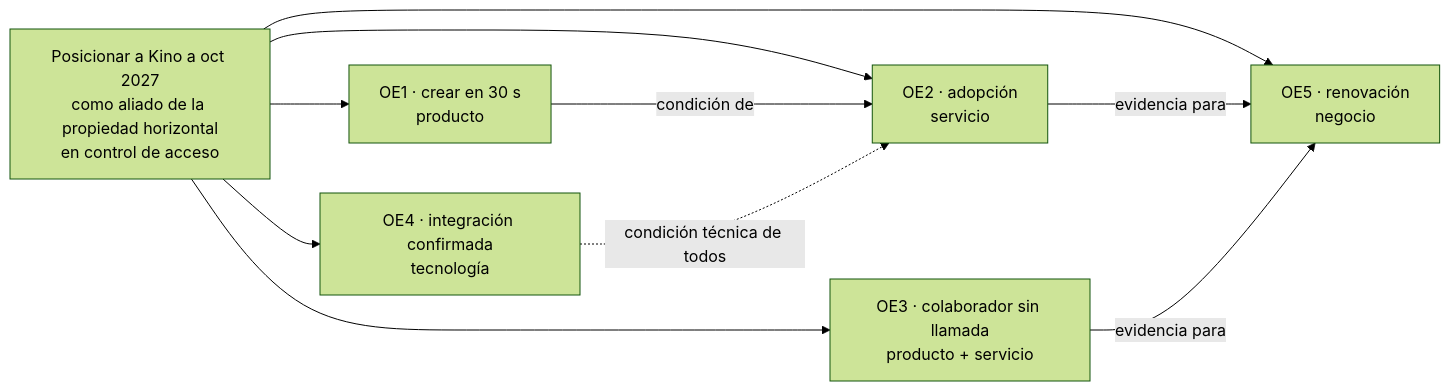
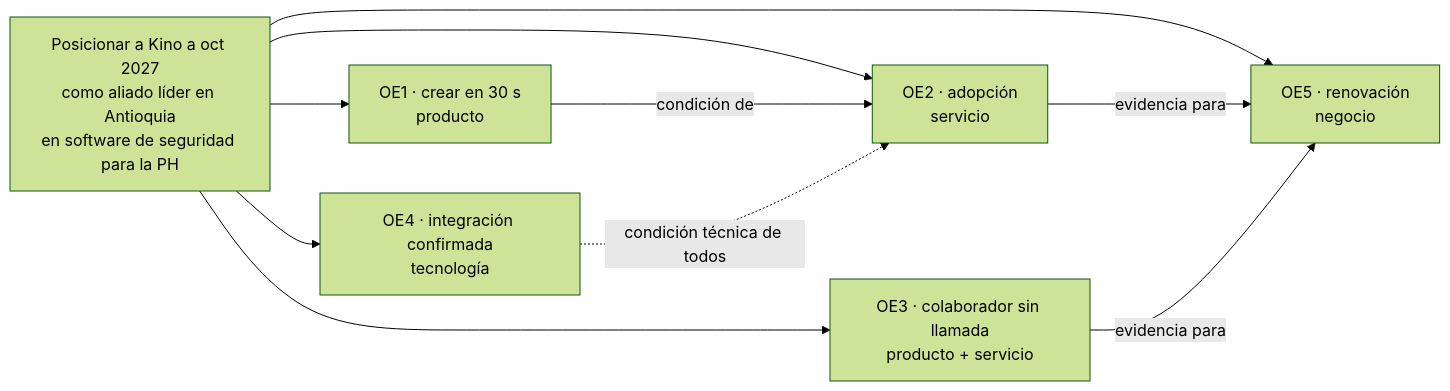
Before and after one commit to Amonsalvem/kino: the first of 2 diagrams in entrega-3/estrategia.md, drawn with Mermaid (forest theme). The commit also changed other lines of this file and 8 other files, not shown here.

First line of the commit message:
Objetivo general con la redacción de Nico: aliado líder en Antioquia en software de seguridad para la propiedad horizontal; KPI de participación

````diff
--- a/entrega-3/estrategia.md
+++ b/entrega-3/estrategia.md
@@ -126,12 +126,12 @@
 ```mermaid
 flowchart LR
-  G[Posicionar a Kino a oct 2027<br/>como aliado de la propiedad horizontal<br/>en control de acceso] --> OE1[OE1 · crear en 30 s<br/>producto]
+  G[Posicionar a Kino a oct 2027<br/>como aliado líder en Antioquia<br/>en software de seguridad para la PH] --> OE1[OE1 · crear en 30 s<br/>producto]
   G --> OE2[OE2 · adopción<br/>servicio]
   G --> OE3[OE3 · colaborador sin llamada<br/>producto + servicio]
   G --> OE4[OE4 · integración confirmada<br/>tecnología]
   G --> OE5[OE5 · renovación<br/>negocio]
   OE1 -->|condición de| OE2
   OE2 -->|evidencia para| OE5
   OE3 -->|evidencia para| OE5
   OE4 -.->|condición técnica de todos| OE2
 ```
````
